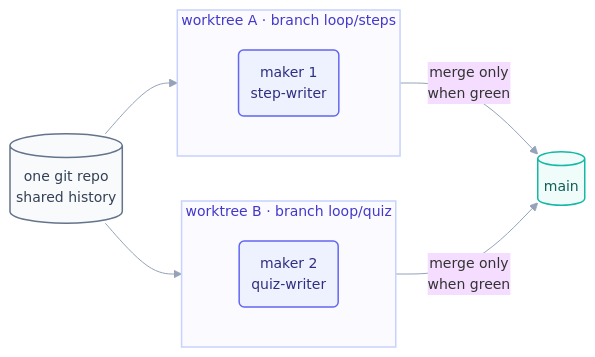
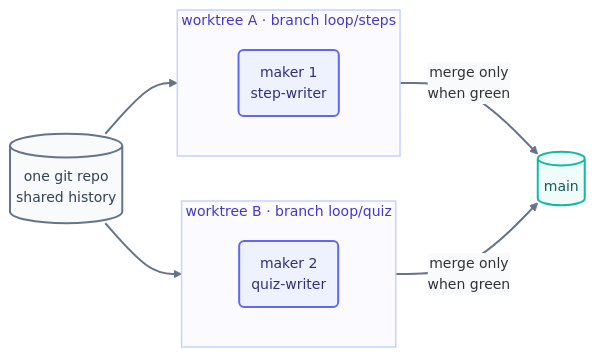
The diagram in docs/05-part-3-the-body/08-worktrees.md (ayeshakhalid192007-dev/LoopEngineering-CrashCourse), drawn with Mermaid before and after one commit. The commit also changed 66 other files, not shown here.

First line of the commit message:
docs(diagrams): bolden and unify all 70 mermaid diagrams

````diff
--- a/docs/05-part-3-the-body/08-worktrees.md
+++ b/docs/05-part-3-the-body/08-worktrees.md
@@ -30,19 +30,20 @@
 ```mermaid
-%%{init: {'theme':'base','themeVariables':{'fontFamily':'ui-sans-serif, system-ui, sans-serif','fontSize':'14px','lineColor':'#94a3b8'},'flowchart':{'curve':'basis','nodeSpacing':45,'rankSpacing':55,'padding':12}}}%%
+%%{init: {'theme':'base','themeVariables':{'fontFamily':'ui-sans-serif, system-ui, sans-serif','fontSize':'14px','lineColor':'#64748b','edgeLabelBackground':'#f8fafc'},'flowchart':{'curve':'basis','nodeSpacing':45,'rankSpacing':55,'padding':12}}}%%
 flowchart LR
     R[("one git repo<br/>shared history")]:::file --> W1
     R --> W2
     subgraph W1 ["worktree A · branch loop/steps"]
       M1("maker 1<br/>step-writer"):::maker
     end
     subgraph W2 ["worktree B · branch loop/quiz"]
       M2("maker 2<br/>quiz-writer"):::maker
     end
     W1 -->|"merge only<br/>when green"| MAIN[("main")]:::win
     W2 -->|"merge only<br/>when green"| MAIN
-    classDef file fill:#f8fafc,stroke:#64748b,stroke-width:1.5px,color:#334155;
-    classDef maker fill:#eef2ff,stroke:#6366f1,stroke-width:1.5px,color:#312e81;
-    classDef win fill:#effcf9,stroke:#14b8a6,stroke-width:1.5px,color:#115e59;
+    linkStyle default stroke:#64748b,stroke-width:2px;
+    classDef file fill:#f8fafc,stroke:#64748b,stroke-width:2px,color:#334155;
+    classDef maker fill:#eef2ff,stroke:#6366f1,stroke-width:2px,color:#312e81;
+    classDef win fill:#effcf9,stroke:#14b8a6,stroke-width:2px,color:#115e59;
     style W1 fill:#fbfbff,stroke:#c7d2fe,stroke-width:1.5px,color:#4338ca;
     style W2 fill:#fbfbff,stroke:#c7d2fe,stroke-width:1.5px,color:#4338ca;
 ```
````
